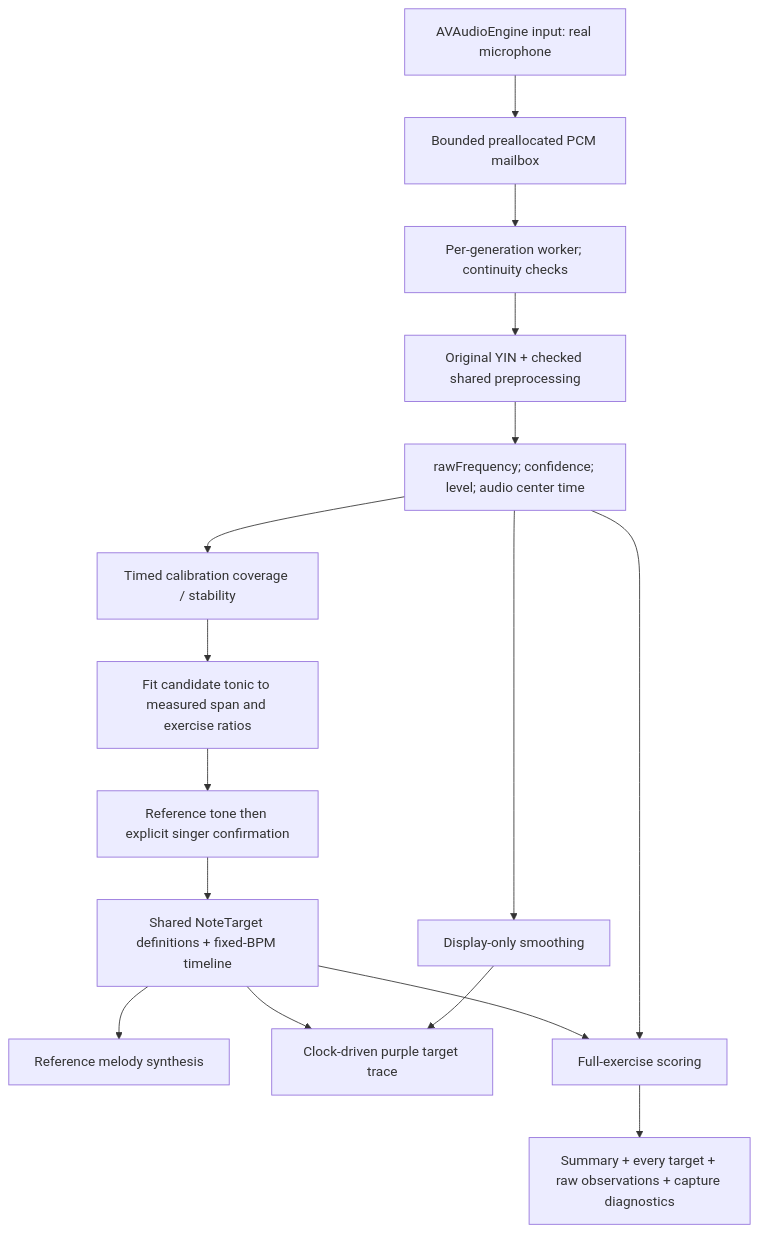
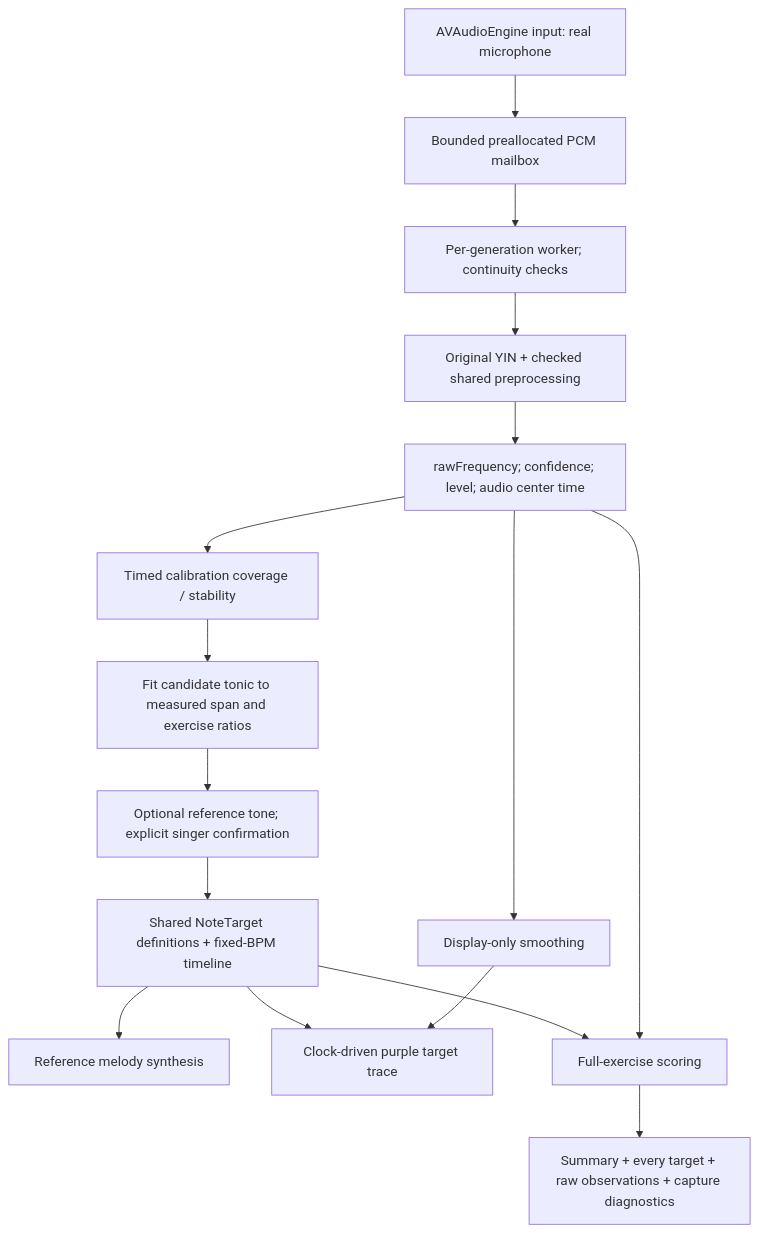
The second of 2 diagrams in docs/AUDIT.md (Aniruddh2708/swarsaathi-prototype), drawn with Mermaid before and after one commit. The commit also changed other lines of this file and 22 other files, not shown here.

````diff
--- a/docs/AUDIT.md
+++ b/docs/AUDIT.md
@@ -47,18 +47,18 @@
 ```mermaid
 flowchart TD
     Mic[AVAudioEngine input: real microphone] --> Mailbox[Bounded preallocated PCM mailbox]
     Mailbox --> Worker[Per-generation worker; continuity checks]
     Worker --> YIN[Original YIN + checked shared preprocessing]
     YIN --> Raw[rawFrequency; confidence; level; audio center time]
     Raw --> Calibration[Timed calibration coverage / stability]
     Calibration --> Fit[Fit candidate tonic to measured span and exercise ratios]
-    Fit --> Audition[Reference tone then explicit singer confirmation]
+    Fit --> Audition[Optional reference tone; explicit singer confirmation]
     Audition --> Targets[Shared NoteTarget definitions + fixed-BPM timeline]
     Targets --> Reference[Reference melody synthesis]
     Targets --> Graph[Clock-driven purple target trace]
     Targets --> Scorer[Full-exercise scoring]
     Raw --> Scorer
     Raw --> Smoothing[Display-only smoothing]
     Smoothing --> Graph
     Scorer --> JSON[Summary + every target + raw observations + capture diagnostics]
 ```
````
